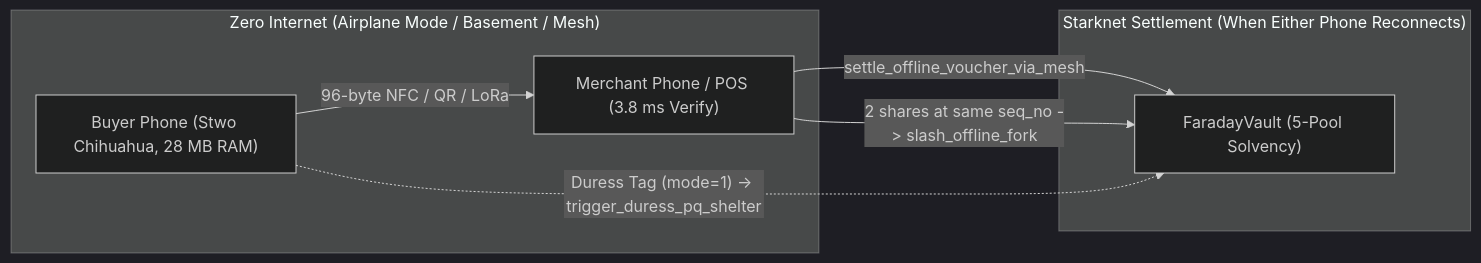
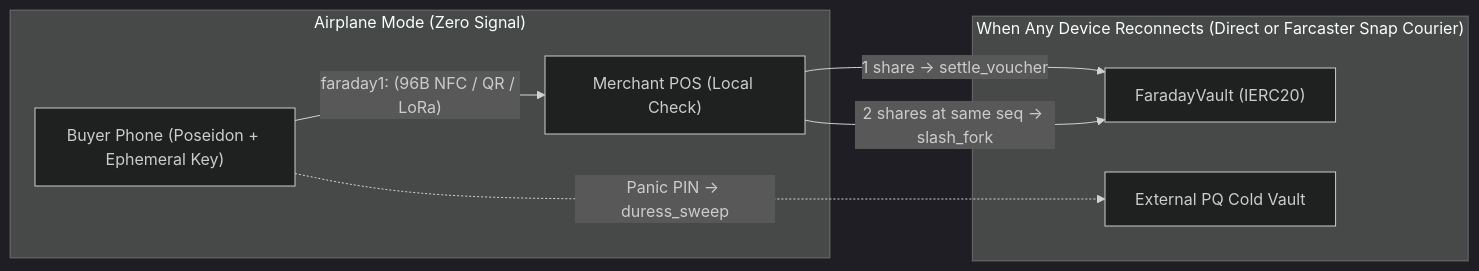
One commit to starknet-innovation/faraday changed the diagram in README.md. Above: the diagram before and after it, drawn with Mermaid (dark theme). The commit also changed other lines of this file and 17 other files, not shown here.

Commit message:
feat: v0.2 cypherpunk overhaul — Poseidon, IERC20 OfflineNote, RLNv2, PQ sweep & Farcaster Snap watchtower

````diff
--- a/README.md
+++ b/README.md
@@ -34,12 +42,12 @@
 ```mermaid
 flowchart LR
-    subgraph Offline["Zero Internet (Airplane Mode / Basement / Mesh)"]
-        Phone["Buyer Phone (Stwo Chihuahua, 28 MB RAM)"] -- "96-byte NFC / QR / LoRa" --> POS["Merchant Phone / POS (3.8 ms Verify)"]
+    subgraph Offline["Airplane Mode (Zero Signal)"]
+        Buyer["Buyer Phone (Poseidon + Ephemeral Key)"] -- "faraday1: (96B NFC / QR / LoRa)" --> Merchant["Merchant POS (Local Check)"]
     end
 
-    subgraph Online["Starknet Settlement (When Either Phone Reconnects)"]
-        POS -- "settle_offline_voucher_via_mesh" --> Vault["FaradayVault (5-Pool Solvency)"]
-        POS -- "2 shares at same seq_no -> slash_offline_fork" --> Vault
-        Phone -. "Duress Tag (mode=1) -> trigger_duress_pq_shelter" .-> Vault
+    subgraph Online["When Any Device Reconnects (Direct or Farcaster Snap Courier)"]
+        Merchant -- "1 share -> settle_voucher" --> Vault["FaradayVault (IERC20)"]
+        Merchant -- "2 shares at same seq -> slash_fork" --> Vault
+        Buyer -. "Panic PIN -> duress_sweep" .-> PQ["External PQ Cold Vault"]
     end
 ```
````
